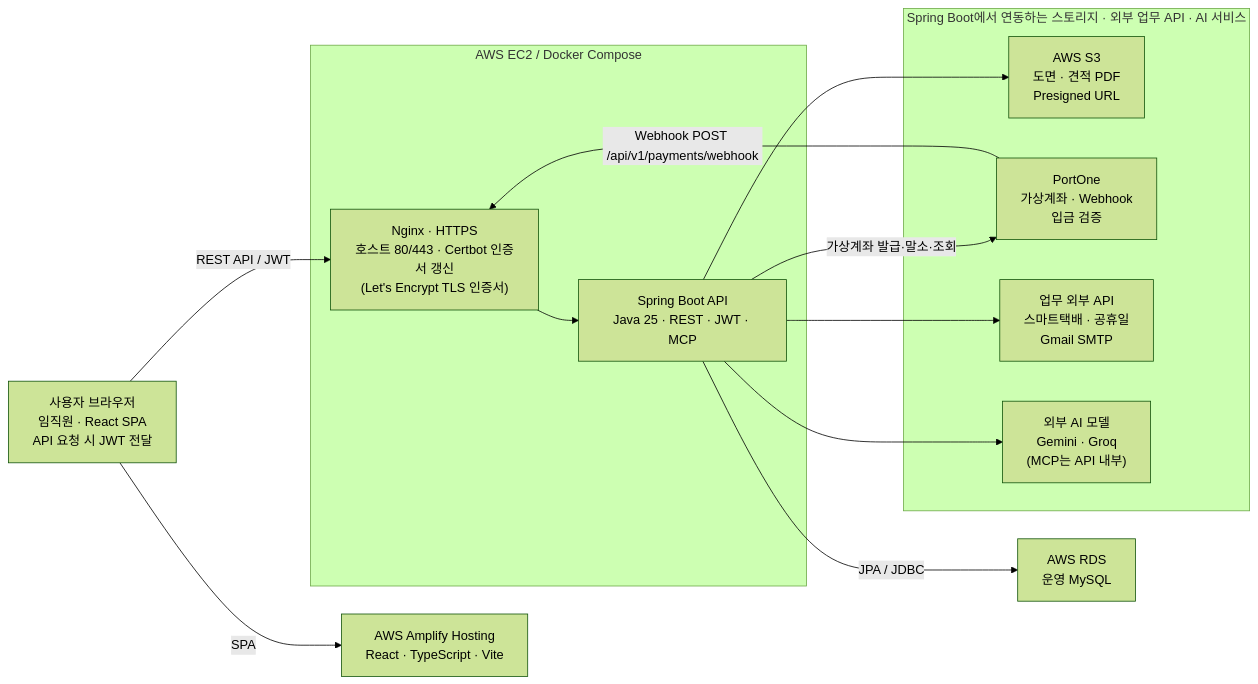
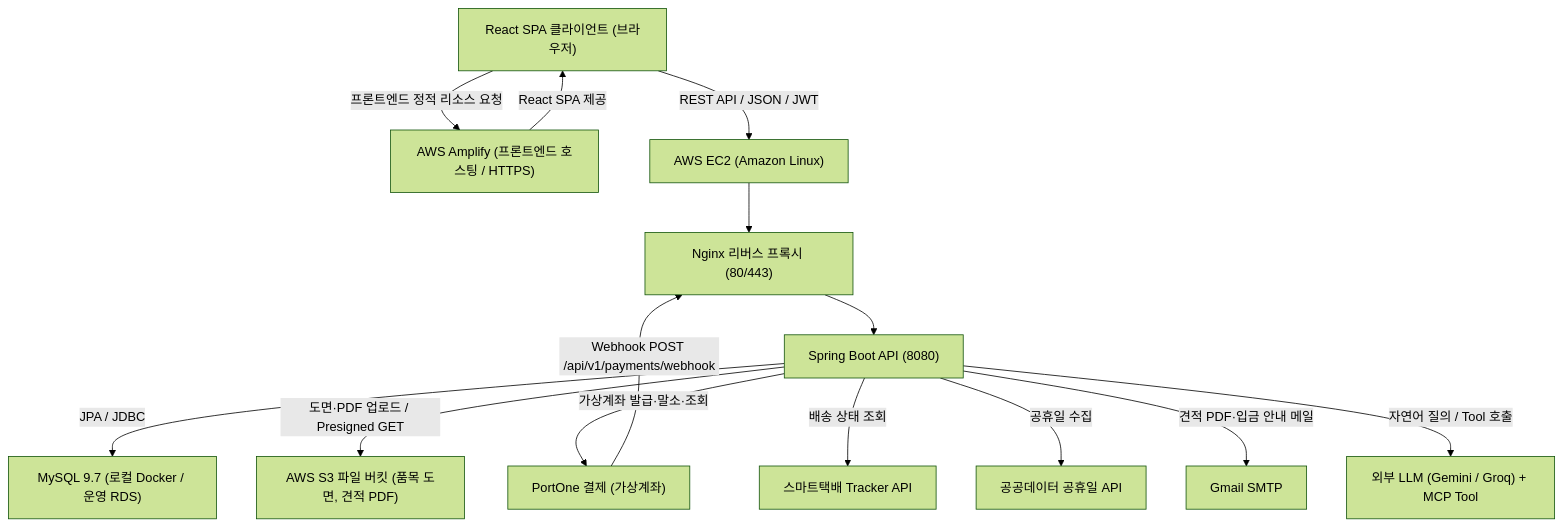
Before and after one commit to likelion-backend-25th/PRODFLOW: the first of 7 diagrams in docs/02_design/01_architecture.md, drawn with Mermaid (forest theme). The commit also changed other lines of this file, not shown here.

````diff
--- a/docs/02_design/01_architecture.md
+++ b/docs/02_design/01_architecture.md
@@ -33,29 +24,32 @@
 ```mermaid
-graph LR
-    Browser["사용자 브라우저<br/>임직원 · React SPA<br/>API 요청 시 JWT 전달"]
-    Amplify["AWS Amplify Hosting<br/>React · TypeScript · Vite"]
 
-    subgraph EC2["AWS EC2 / Docker Compose"]
-        Nginx["Nginx · HTTPS<br/>호스트 80/443 · Certbot 인증서 갱신<br/>(Let's Encrypt TLS 인증서)"]
-        App["Spring Boot API<br/>Java 25 · REST · JWT · MCP"]
-    end
+graph TD
+    Client["React SPA 클라이언트 (브라우저)"]
+    Amplify["AWS Amplify (프론트엔드 호스팅 / HTTPS)"]
+    S3_Files["AWS S3 파일 버킷 (품목 도면, 견적 PDF)"]
+    EC2["AWS EC2 (Amazon Linux)"]
+    Docker_Nginx["Nginx 리버스 프록시 (80/443)"]
+    Docker_App["Spring Boot API (8080)"]
+    DB["MySQL 9.7 (로컬 Docker / 운영 RDS)"]
+    PortOne["PortOne 결제 (가상계좌)"]
+    Tracker["스마트택배 Tracker API"]
+    Holiday["공공데이터 공휴일 API"]
+    Mail["Gmail SMTP"]
+    AI["외부 LLM (Gemini / Groq) + MCP Tool"]
 
-    RDS["AWS RDS<br/>운영 MySQL"]
+    Client -->|프론트엔드 정적 리소스 요청| Amplify
+    Amplify -->|React SPA 제공| Client
+    Client -->|"REST API / JSON / JWT"| EC2
+    EC2 --> Docker_Nginx
+    Docker_Nginx --> Docker_App
+    Docker_App -->|JPA / JDBC| DB
+    Docker_App -->|도면·PDF 업로드 / Presigned GET| S3_Files
 
-    subgraph Ext["Spring Boot에서 연동하는 스토리지 · 외부 업무 API · AI 서비스"]
-        S3["AWS S3<br/>도면 · 견적 PDF<br/>Presigned URL"]
-        PortOne["PortOne<br/>가상계좌 · Webhook<br/>입금 검증"]
-        BizAPI["업무 외부 API<br/>스마트택배 · 공휴일<br/>Gmail SMTP"]
-        AI["외부 AI 모델<br/>Gemini · Groq<br/>(MCP는 API 내부)"]
-    end
+    Docker_App -->|가상계좌 발급·말소·조회| PortOne
+    PortOne -->|"Webhook POST /api/v1/payments/webhook"| Docker_Nginx
+    Docker_App -->|배송 상태 조회| Tracker
+    Docker_App -->|공휴일 수집| Holiday
+    Docker_App -->|견적 PDF·입금 안내 메일| Mail
+    Docker_App -->|자연어 질의 / Tool 호출| AI
 
-    Browser -->|SPA| Amplify
-    Browser -->|" REST API / JWT "| Nginx
-    Nginx --> App
-    App -->|JPA / JDBC| RDS
-    App --> S3
-    App -->|가상계좌 발급·말소·조회| PortOne
-    PortOne -->|" Webhook POST /api/v1/payments/webhook "| Nginx
-    App --> BizAPI
-    App --> AI
 ```
````
